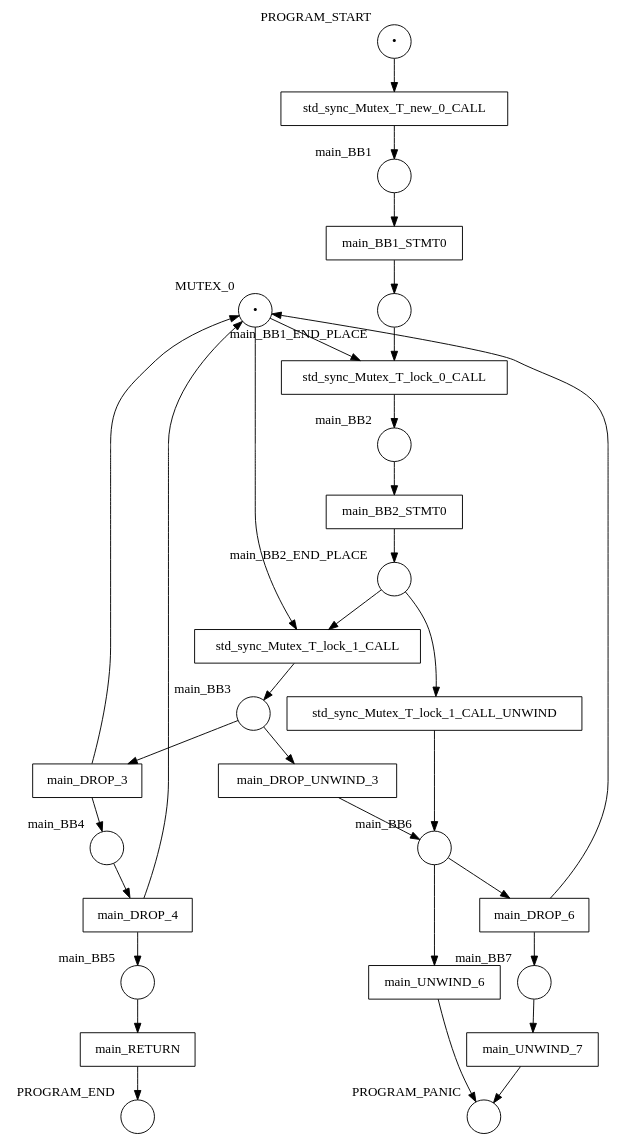
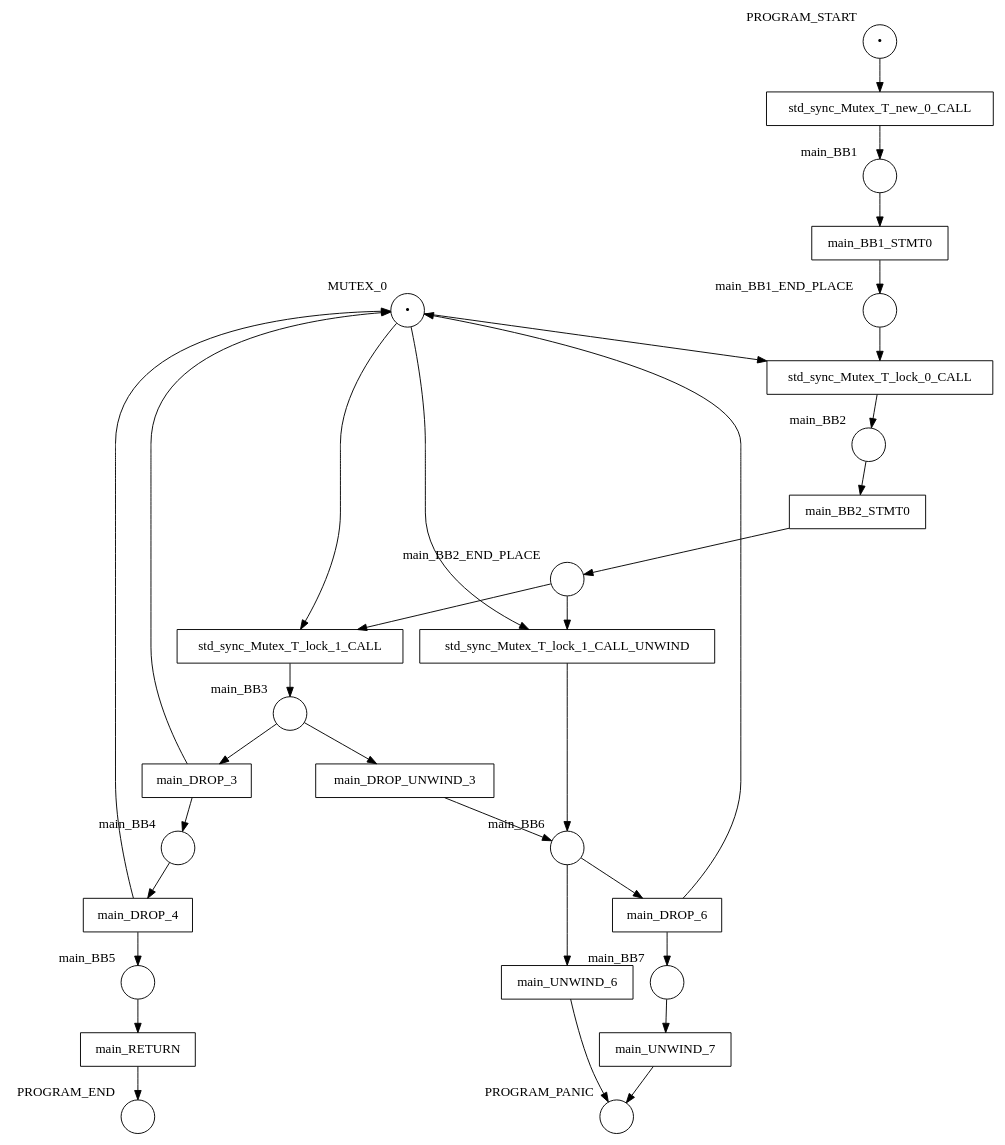
The diagram in examples/results/mutex/double_lock_deadlock/net.dot (hlisdero/cargo-check-deadlock), drawn with Graphviz before and after one commit. The commit also changed 20 other files, not shown here.

First line of the commit message:
Fix bug: Connect the mutex to the cleanup transition of the `lock` function

```diff
--- a/examples/results/mutex/double_lock_deadlock/net.dot
+++ b/examples/results/mutex/double_lock_deadlock/net.dot
@@ -1,59 +1,60 @@
 digraph petrinet {
     MUTEX_0 [shape="circle" xlabel="MUTEX_0" label="•"];
     PROGRAM_END [shape="circle" xlabel="PROGRAM_END" label=""];
     PROGRAM_PANIC [shape="circle" xlabel="PROGRAM_PANIC" label=""];
     PROGRAM_START [shape="circle" xlabel="PROGRAM_START" label="•"];
     main_BB1 [shape="circle" xlabel="main_BB1" label=""];
     main_BB1_END_PLACE [shape="circle" xlabel="main_BB1_END_PLACE" label=""];
     main_BB2 [shape="circle" xlabel="main_BB2" label=""];
     main_BB2_END_PLACE [shape="circle" xlabel="main_BB2_END_PLACE" label=""];
     main_BB3 [shape="circle" xlabel="main_BB3" label=""];
     main_BB4 [shape="circle" xlabel="main_BB4" label=""];
     main_BB5 [shape="circle" xlabel="main_BB5" label=""];
     main_BB6 [shape="circle" xlabel="main_BB6" label=""];
     main_BB7 [shape="circle" xlabel="main_BB7" label=""];
     main_BB1_STMT0 [shape="box" xlabel="" label="main_BB1_STMT0"];
     main_BB2_STMT0 [shape="box" xlabel="" label="main_BB2_STMT0"];
     main_DROP_3 [shape="box" xlabel="" label="main_DROP_3"];
     main_DROP_4 [shape="box" xlabel="" label="main_DROP_4"];
     main_DROP_6 [shape="box" xlabel="" label="main_DROP_6"];
     main_DROP_UNWIND_3 [shape="box" xlabel="" label="main_DROP_UNWIND_3"];
     main_RETURN [shape="box" xlabel="" label="main_RETURN"];
     main_UNWIND_6 [shape="box" xlabel="" label="main_UNWIND_6"];
     main_UNWIND_7 [shape="box" xlabel="" label="main_UNWIND_7"];
     std_sync_Mutex_T_lock_0_CALL [shape="box" xlabel="" label="std_sync_Mutex_T_lock_0_CALL"];
     std_sync_Mutex_T_lock_1_CALL [shape="box" xlabel="" label="std_sync_Mutex_T_lock_1_CALL"];
     std_sync_Mutex_T_lock_1_CALL_UNWIND [shape="box" xlabel="" label="std_sync_Mutex_T_lock_1_CALL_UNWIND"];
     std_sync_Mutex_T_new_0_CALL [shape="box" xlabel="" label="std_sync_Mutex_T_new_0_CALL"];
     MUTEX_0 -> std_sync_Mutex_T_lock_0_CALL;
     MUTEX_0 -> std_sync_Mutex_T_lock_1_CALL;
+    MUTEX_0 -> std_sync_Mutex_T_lock_1_CALL_UNWIND;
     PROGRAM_START -> std_sync_Mutex_T_new_0_CALL;
     main_BB1 -> main_BB1_STMT0;
     main_BB1_END_PLACE -> std_sync_Mutex_T_lock_0_CALL;
     main_BB2 -> main_BB2_STMT0;
     main_BB2_END_PLACE -> std_sync_Mutex_T_lock_1_CALL;
     main_BB2_END_PLACE -> std_sync_Mutex_T_lock_1_CALL_UNWIND;
     main_BB3 -> main_DROP_3;
     main_BB3 -> main_DROP_UNWIND_3;
     main_BB4 -> main_DROP_4;
     main_BB5 -> main_RETURN;
     main_BB6 -> main_DROP_6;
     main_BB6 -> main_UNWIND_6;
     main_BB7 -> main_UNWIND_7;
     main_BB1_STMT0 -> main_BB1_END_PLACE;
     main_BB2_STMT0 -> main_BB2_END_PLACE;
     main_DROP_3 -> MUTEX_0;
     main_DROP_3 -> main_BB4;
     main_DROP_4 -> MUTEX_0;
     main_DROP_4 -> main_BB5;
     main_DROP_6 -> MUTEX_0;
     main_DROP_6 -> main_BB7;
     main_DROP_UNWIND_3 -> main_BB6;
     main_RETURN -> PROGRAM_END;
     main_UNWIND_6 -> PROGRAM_PANIC;
     main_UNWIND_7 -> PROGRAM_PANIC;
     std_sync_Mutex_T_lock_0_CALL -> main_BB2;
     std_sync_Mutex_T_lock_1_CALL -> main_BB3;
     std_sync_Mutex_T_lock_1_CALL_UNWIND -> main_BB6;
     std_sync_Mutex_T_new_0_CALL -> main_BB1;
 }
```
